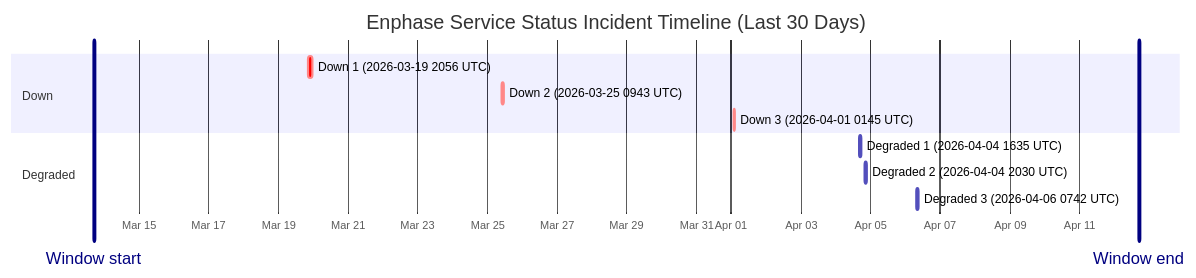
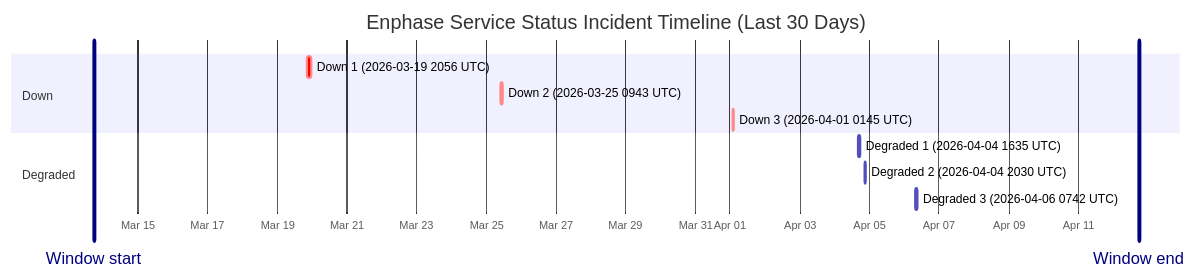
Before and after one commit to barneyonline/ha-enphase-ev-charger: the diagram in wiki/Service-Status-History.md, drawn with Mermaid. The commit also changed other lines of this file and 3 other files, not shown here.

````diff
--- a/wiki/Service-Status-History.md
+++ b/wiki/Service-Status-History.md
@@ -14,16 +14,16 @@
 ```mermaid
 gantt
     title Enphase Service Status Incident Timeline (Last 30 Days)
     dateFormat  YYYY-MM-DDTHH:mm:ss
     axisFormat  %b %d
-    Window start :vert, window-start, 2026-03-13T16:52:09, 0ms
-    Window end :vert, window-end, 2026-04-12T16:52:09, 0ms
+    Window start :vert, window-start, 2026-03-13T17:33:43, 0ms
+    Window end :vert, window-end, 2026-04-12T17:33:43, 0ms
     section Down
     Down 1 (2026-03-19 2056 UTC) :crit, down-1, 2026-03-19T20:56:20, 145m
     Down 2 (2026-03-25 0943 UTC) :crit, down-2, 2026-03-25T09:43:28, 111m
     Down 3 (2026-04-01 0145 UTC) :crit, down-3, 2026-04-01T01:45:09, 60m
     section Degraded
     Degraded 1 (2026-04-04 1635 UTC) :active, degraded-1, 2026-04-04T16:35:17, 60m
     Degraded 2 (2026-04-04 2030 UTC) :active, degraded-2, 2026-04-04T20:30:40, 60m
     Degraded 3 (2026-04-06 0742 UTC) :active, degraded-3, 2026-04-06T07:42:09, 85m
 ```
````
